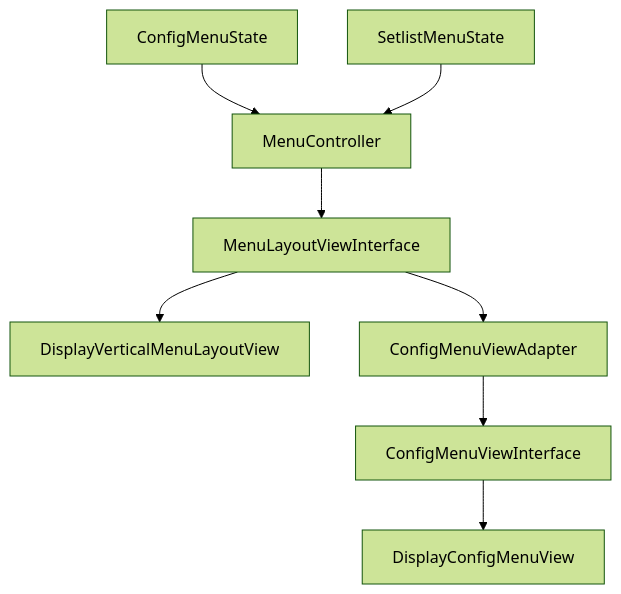
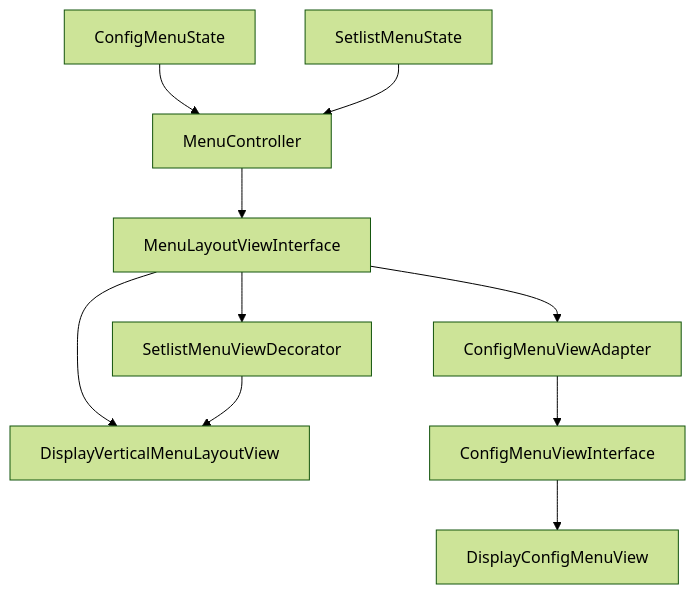
One commit to iv660/midi-patch-box changed the second of 4 diagrams in ARCHITECTURE.md. Above: the diagram before and after it, drawn with Mermaid (forest theme). The commit also changed other lines of this file and 7 other files, not shown here.

````diff
--- a/ARCHITECTURE.md
+++ b/ARCHITECTURE.md
@@ -570,10 +706,12 @@
 ```mermaid
 graph TD
     CMS[ConfigMenuState] --> MC[MenuController]
     SMS[SetlistMenuState] --> MC
     MC --> MLVI[MenuLayoutViewInterface]
     MLVI --> DVMLV[DisplayVerticalMenuLayoutView]
+    MLVI --> SMDEC[SetlistMenuViewDecorator]
+    SMDEC --> DVMLV
     MLVI --> CMVA[ConfigMenuViewAdapter]
     CMVA --> CMI[ConfigMenuViewInterface]
     CMI --> DCMV[DisplayConfigMenuView]
 ```
````
